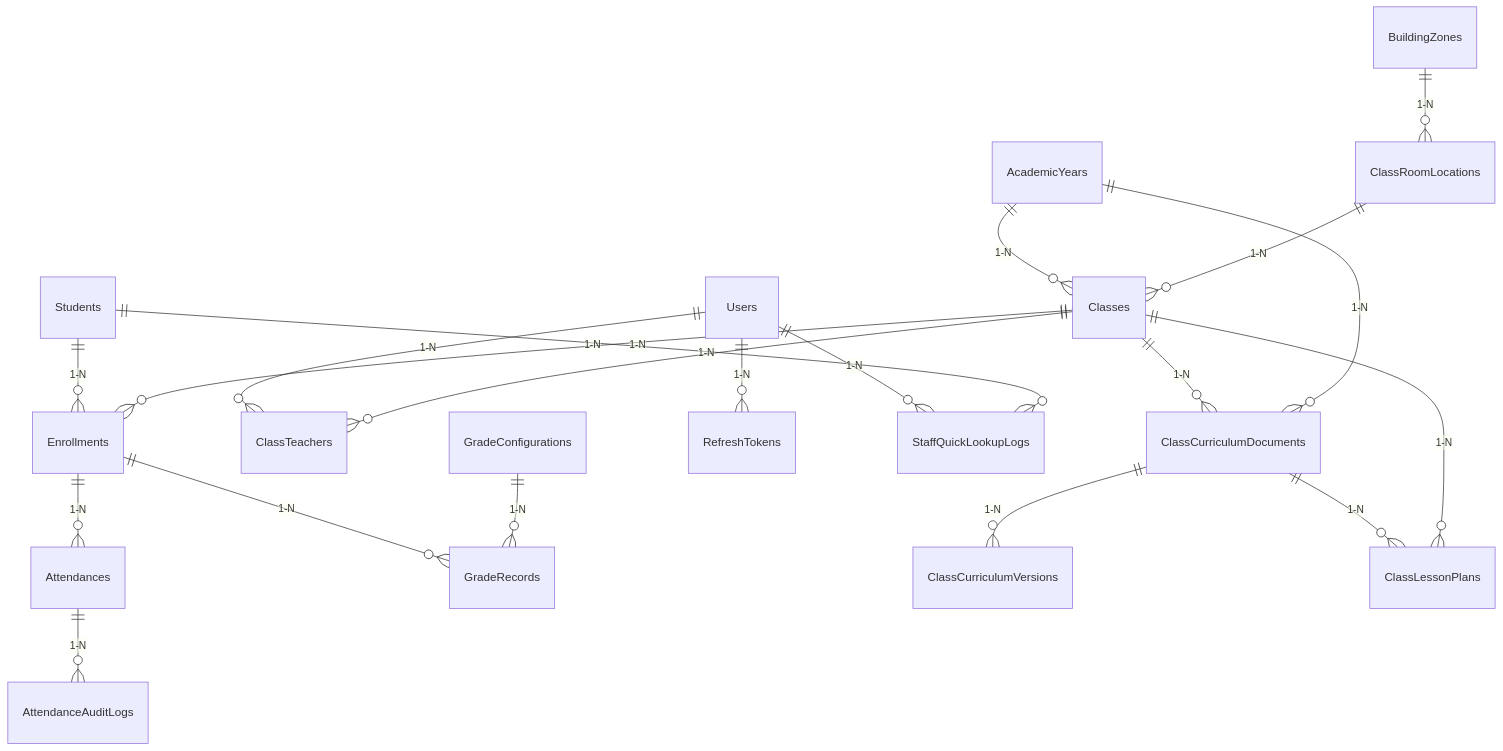
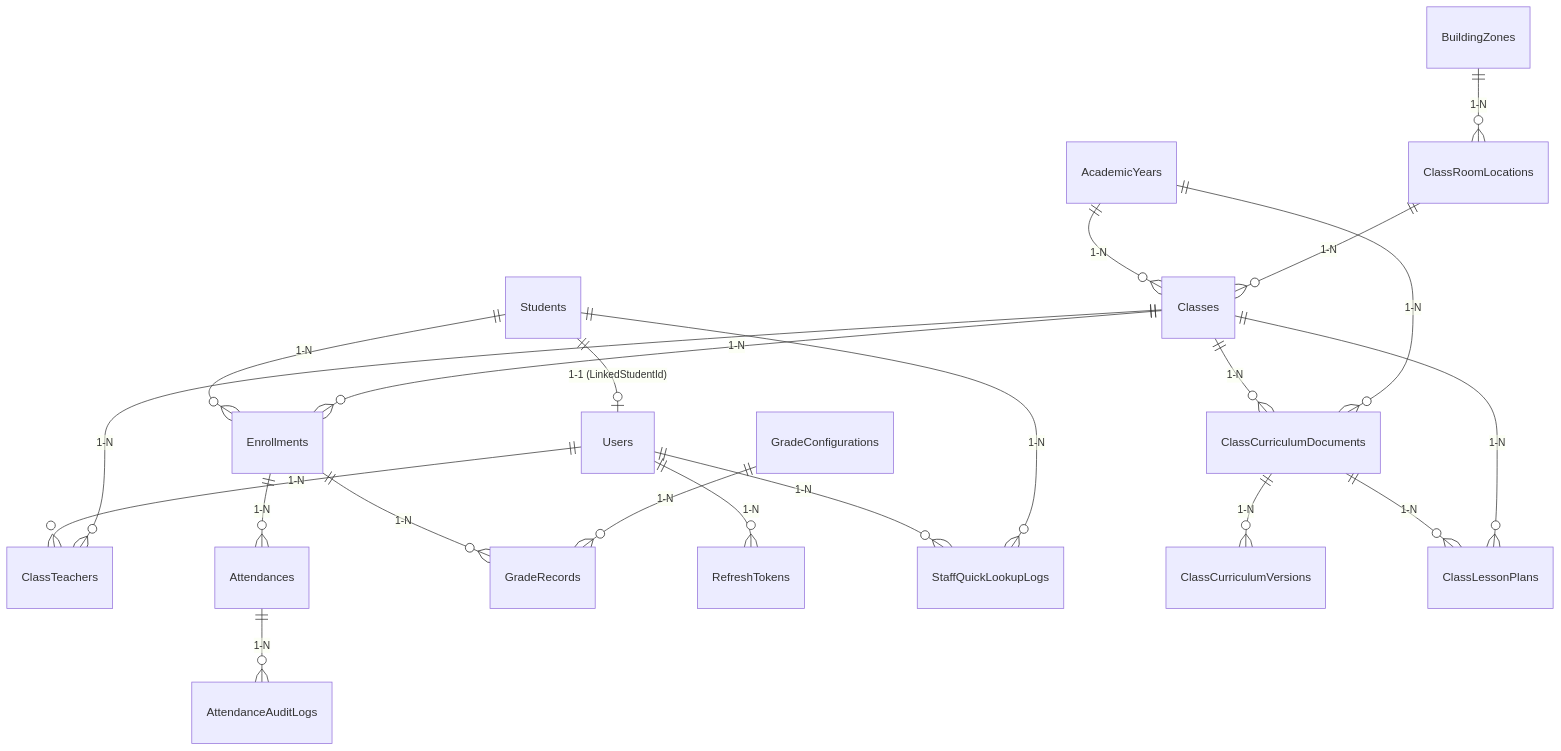
One commit to Kiin11/ManagerStudentCaltholic changed the diagram in AI-Knowledge/02-DATABASE/TABLE-RELATIONSHIPS.md. Above: the diagram before and after it, drawn with Mermaid. The commit also changed other lines of this file and 20 other files, not shown here.

````diff
--- a/AI-Knowledge/02-DATABASE/TABLE-RELATIONSHIPS.md
+++ b/AI-Knowledge/02-DATABASE/TABLE-RELATIONSHIPS.md
@@ -46,22 +49,23 @@
 ```mermaid
 erDiagram
+    Students ||--o| Users : "1-1 (LinkedStudentId)"
     Students ||--o{ Enrollments : "1-N"
     Classes ||--o{ Enrollments : "1-N"
     AcademicYears ||--o{ Classes : "1-N"
     Users ||--o{ ClassTeachers : "1-N"
     Classes ||--o{ ClassTeachers : "1-N"
     Enrollments ||--o{ Attendances : "1-N"
     Attendances ||--o{ AttendanceAuditLogs : "1-N"
     Enrollments ||--o{ GradeRecords : "1-N"
     GradeConfigurations ||--o{ GradeRecords : "1-N"
     BuildingZones ||--o{ ClassRoomLocations : "1-N"
     ClassRoomLocations ||--o{ Classes : "1-N"
     Users ||--o{ RefreshTokens : "1-N"
     Users ||--o{ StaffQuickLookupLogs : "1-N"
     Students ||--o{ StaffQuickLookupLogs : "1-N"
     Classes ||--o{ ClassCurriculumDocuments : "1-N"
     AcademicYears ||--o{ ClassCurriculumDocuments : "1-N"
     ClassCurriculumDocuments ||--o{ ClassCurriculumVersions : "1-N"
     ClassCurriculumDocuments ||--o{ ClassLessonPlans : "1-N"
     Classes ||--o{ ClassLessonPlans : "1-N"
 ```
````
